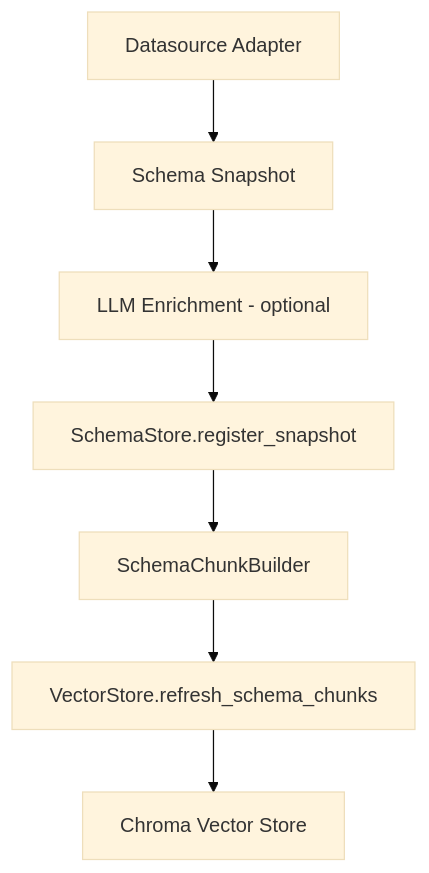
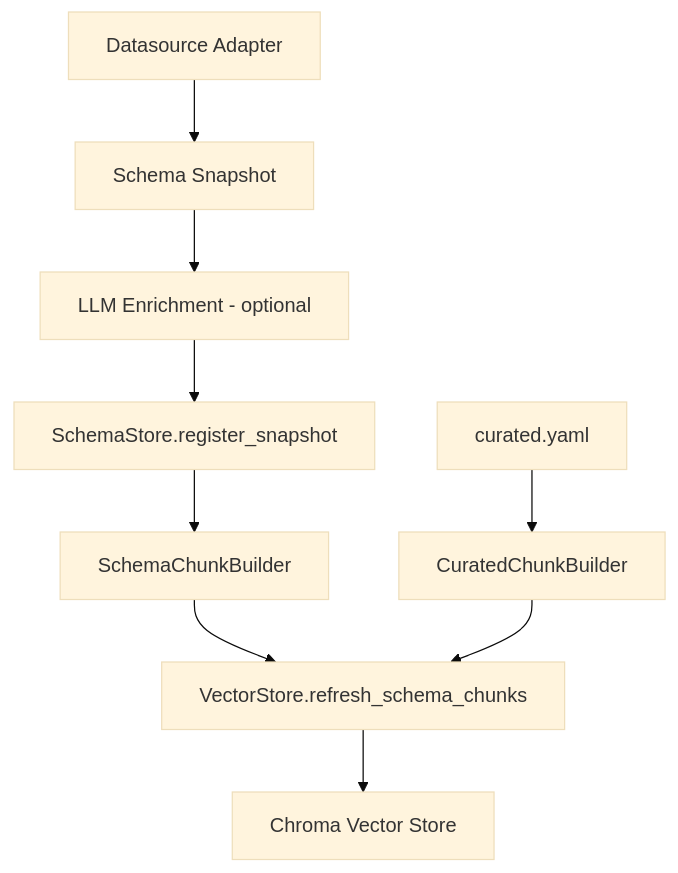
The first of 3 diagrams in docs/architecture/indexing.md (nadeem4/nl2sql), drawn with Mermaid (base theme) before and after one commit. The commit also changed other lines of this file and 23 other files, not shown here.

````diff
--- a/docs/architecture/indexing.md
+++ b/docs/architecture/indexing.md
@@ -7,9 +7,11 @@
 ```mermaid
 flowchart TD
     Adapter[Datasource Adapter] --> Snapshot[Schema Snapshot]
     Snapshot --> Enrich[LLM Enrichment - optional]
     Enrich --> Register[SchemaStore.register_snapshot]
     Register --> Chunker[SchemaChunkBuilder]
+    Curated[curated.yaml] --> CChunker[CuratedChunkBuilder]
     Chunker --> Refresh[VectorStore.refresh_schema_chunks]
+    CChunker --> Refresh
     Refresh --> Store[Chroma Vector Store]
 ```
````
